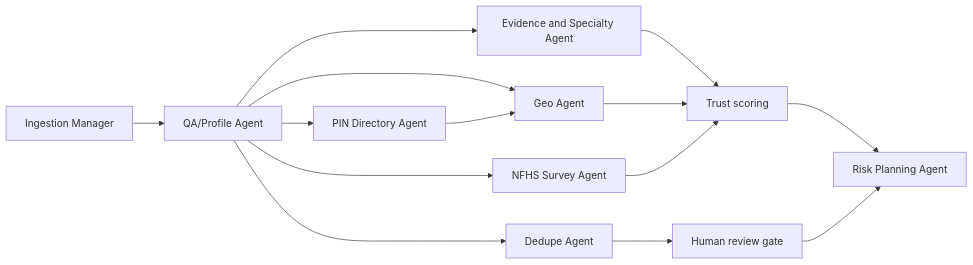
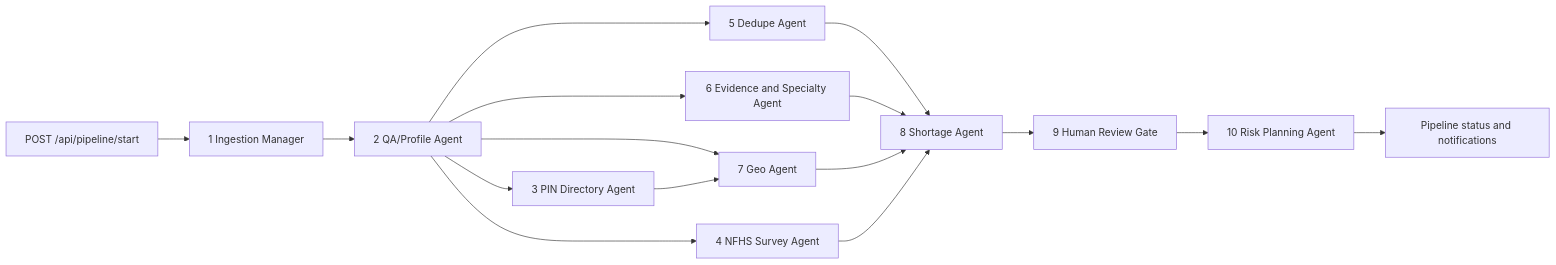
Before and after one commit to motobob/dbx_hack_doctors: the fifth of 5 diagrams in README.md, drawn with Mermaid. The commit also changed other lines of this file and 6 other files, not shown here.

````diff
--- a/README.md
+++ b/README.md
@@ -225,16 +241,18 @@
 ```mermaid
 flowchart LR
-  ingest[Ingestion Manager] --> qa[QA/Profile Agent]
-  qa --> pin[PIN Directory Agent]
-  qa --> nfhs[NFHS Survey Agent]
-  qa --> dedupe[Dedupe Agent]
-  qa --> evidence[Evidence and Specialty Agent]
-  qa --> geo[Geo Agent]
+  start[POST /api/pipeline/start] --> ingest[1 Ingestion Manager]
+  ingest --> qa[2 QA/Profile Agent]
+  qa --> pin[3 PIN Directory Agent]
+  qa --> nfhs[4 NFHS Survey Agent]
+  qa --> dedupe[5 Dedupe Agent]
+  qa --> evidence[6 Evidence and Specialty Agent]
+  qa --> geo[7 Geo Agent]
   pin --> geo
-  dedupe --> review[Human review gate]
-  evidence --> trust[Trust scoring]
-  geo --> trust
-  nfhs --> trust
-  trust --> risk[Risk Planning Agent]
-  review --> risk
+  dedupe --> shortage[8 Shortage Agent]
+  evidence --> shortage
+  geo --> shortage
+  nfhs --> shortage
+  shortage --> review[9 Human Review Gate]
+  review --> risk[10 Risk Planning Agent]
+  risk --> ui[Pipeline status and notifications]
 ```
````
